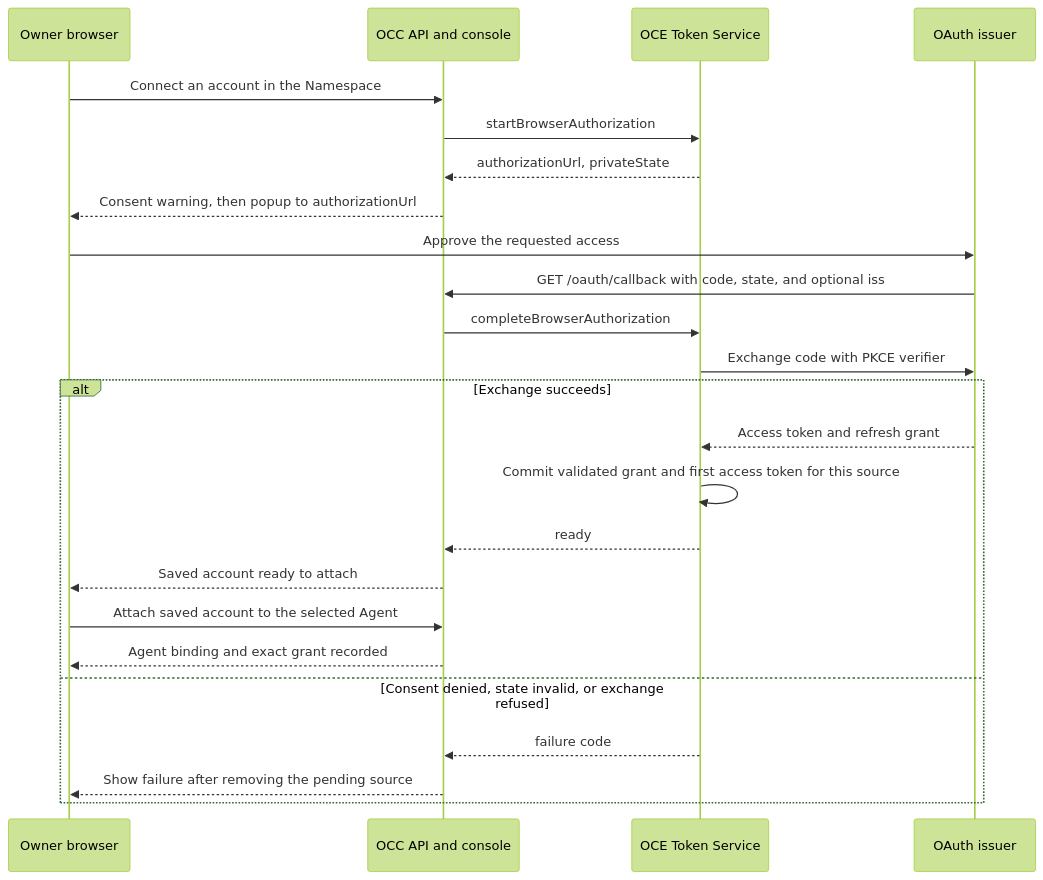
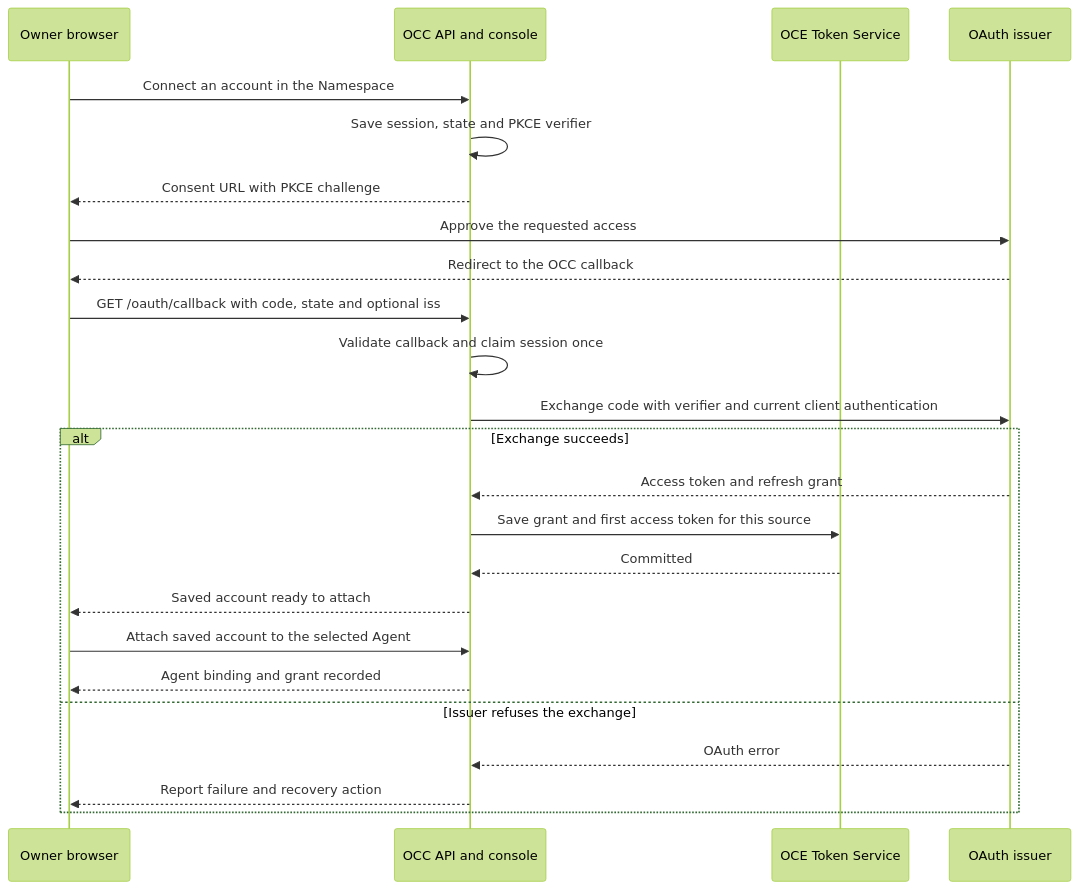
Before and after one commit to openclaw/openclaw-enterprise: the diagram in specs/rfcs/0027-agent-oauth-connections/index.md, drawn with Mermaid (forest theme). The commit also changed other lines of this file and 61 other files, not shown here.

First line of the commit message:
Save a Namespace OAuth account and refresh it through the Token Service (#4671)

````diff
--- a/specs/rfcs/0027-agent-oauth-connections/index.md
+++ b/specs/rfcs/0027-agent-oauth-connections/index.md
@@ -224,26 +228,26 @@
 ```mermaid
 sequenceDiagram
   participant User as Owner browser
   participant API as OCC API and console
   participant Tokens as OCE Token Service
   participant Issuer as OAuth issuer
   User->>API: Connect an account in the Namespace
-  API->>Tokens: startBrowserAuthorization
-  Tokens-->>API: authorizationUrl, privateState
-  API-->>User: Consent warning, then popup to authorizationUrl
+  API->>API: Save session, state and PKCE verifier
+  API-->>User: Consent URL with PKCE challenge
   User->>Issuer: Approve the requested access
-  Issuer->>API: GET /oauth/callback with code, state, and optional iss
-  API->>Tokens: completeBrowserAuthorization
-  Tokens->>Issuer: Exchange code with PKCE verifier
+  Issuer-->>User: Redirect to the OCC callback
+  User->>API: GET /oauth/callback with code, state and optional iss
+  API->>API: Validate callback and claim session once
+  API->>Issuer: Exchange code with verifier and current client authentication
   alt Exchange succeeds
-    Issuer-->>Tokens: Access token and refresh grant
-    Tokens->>Tokens: Commit validated grant and first access token for this source
-    Tokens-->>API: ready
+    Issuer-->>API: Access token and refresh grant
+    API->>Tokens: Save grant and first access token for this source
+    Tokens-->>API: Committed
     API-->>User: Saved account ready to attach
     User->>API: Attach saved account to the selected Agent
-    API-->>User: Agent binding and exact grant recorded
-  else Consent denied, state invalid, or exchange refused
-    Tokens-->>API: failure code
-    API-->>User: Show failure after removing the pending source
+    API-->>User: Agent binding and grant recorded
+  else Issuer refuses the exchange
+    Issuer-->>API: OAuth error
+    API-->>User: Report failure and recovery action
   end
 ```
````
